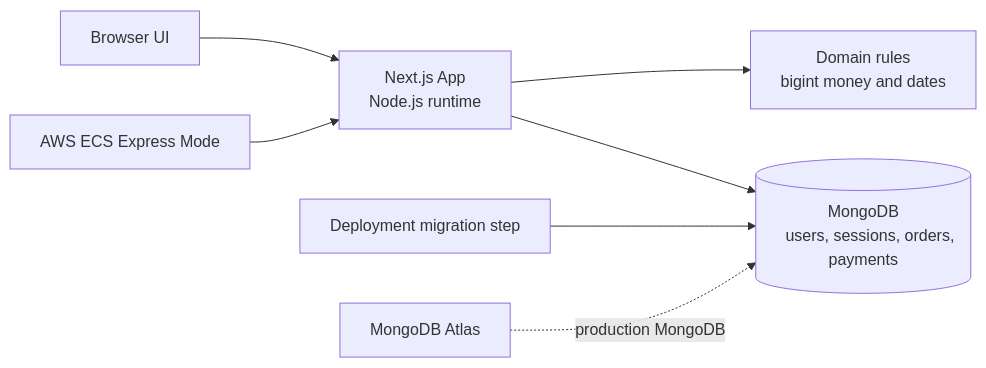
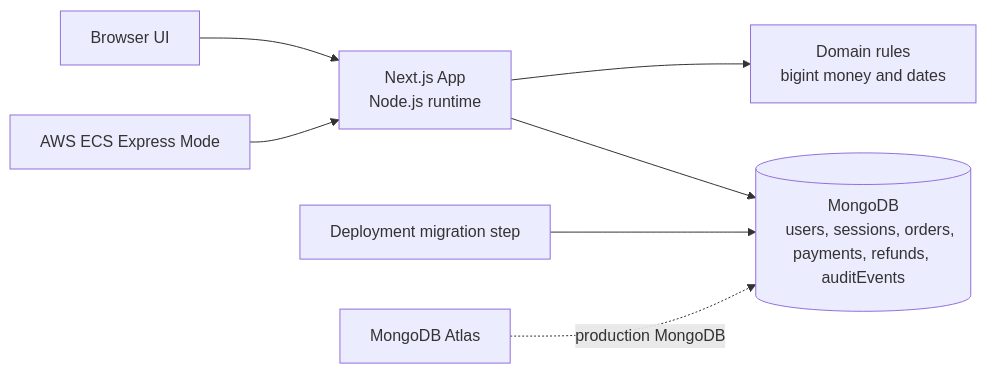
One commit to brinal8055/crossval-order-and-settlement changed the first of 2 diagrams in README.md. Above: the diagram before and after it, drawn with Mermaid. The commit also changed other lines of this file and 21 other files, not shown here.

````diff
--- a/README.md
+++ b/README.md
@@ -22,12 +22,12 @@
 ```mermaid
 flowchart LR
     Browser[Browser UI] --> Next[Next.js App
     Node.js runtime]
     Next --> Domain[Domain rules
     bigint money and dates]
     Next --> Mongo[(MongoDB
-    users, sessions, orders, payments)]
+    users, sessions, orders, payments, refunds, auditEvents)]
     Migration[Deployment migration step] --> Mongo
     ECS[AWS ECS Express Mode] --> Next
     Atlas[MongoDB Atlas] -. production MongoDB .-> Mongo
 ```
````
